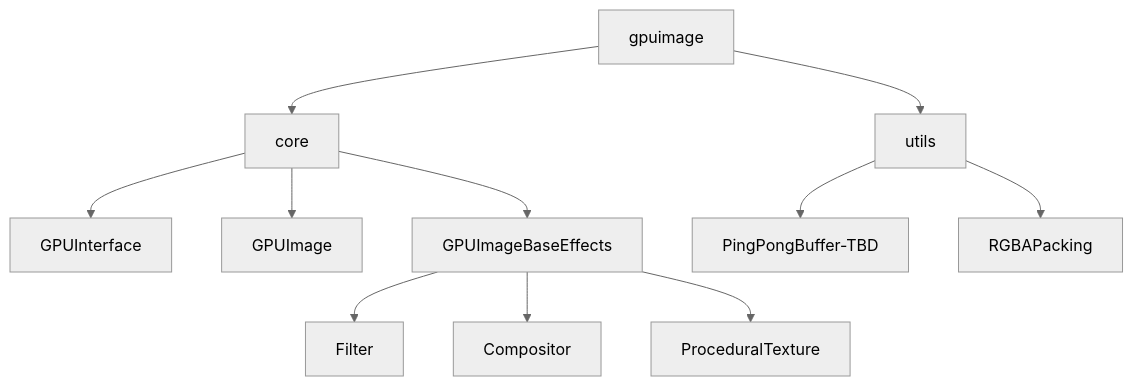
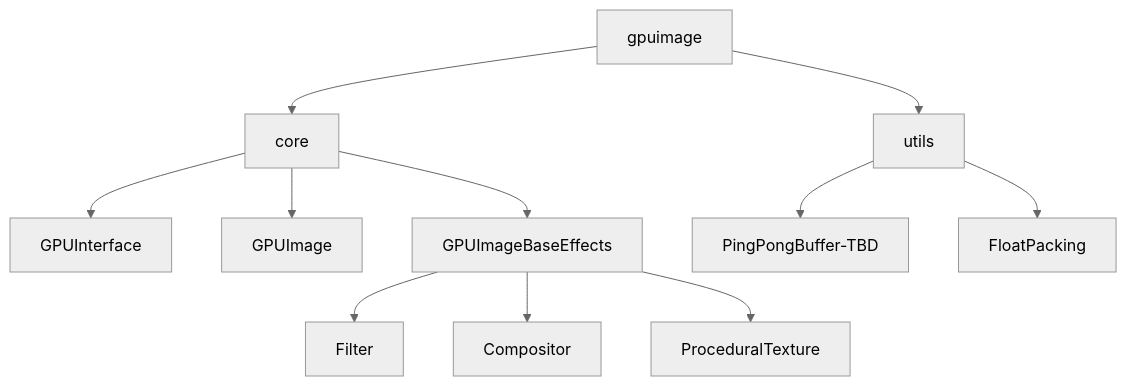
Before and after one commit to Bonjour-Interactive-Lab/Processing-GPUImage: the diagram in README.md, drawn with Mermaid (neutral theme).

Commit message:
update design pattern

````diff
--- a/README.md
+++ b/README.md
@@ -22,13 +22,13 @@
 ```mermaid
 graph TD;
   gpuimage-->core;
   gpuimage-->utils;
   core-->GPUInterface
   core-->GPUImage
   core-->GPUImageBaseEffects;
   GPUImageBaseEffects-->Filter
   GPUImageBaseEffects-->Compositor
   GPUImageBaseEffects-->ProceduralTexture
   utils-->PingPongBuffer-TBD
-  utils-->RGBAPacking
+  utils-->FloatPacking
 ```
````
